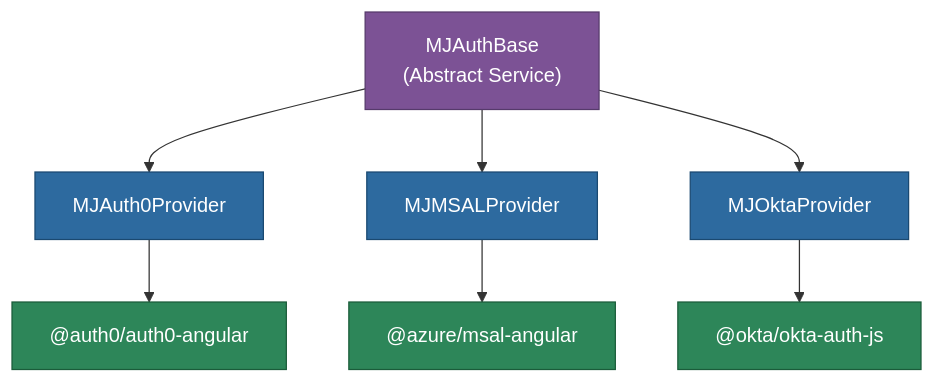
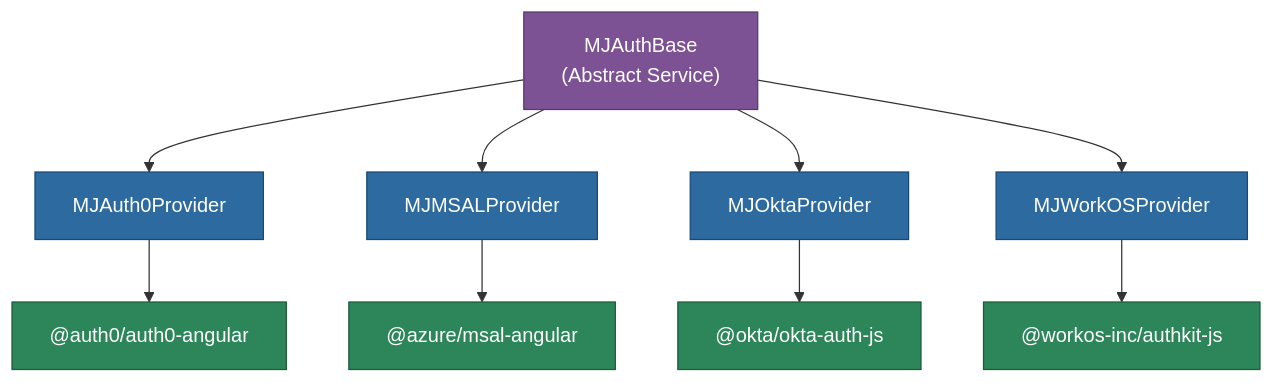
One commit to MemberJunction/MJ changed the diagram in packages/Angular/Explorer/auth-services/README.md. Above: the diagram before and after it, drawn with Mermaid. The commit also changed other lines of this file and 15 other files, not shown here.

````diff
--- a/packages/Angular/Explorer/auth-services/README.md
+++ b/packages/Angular/Explorer/auth-services/README.md
@@ -9,17 +9,21 @@
 ```mermaid
 graph TD
     A["MJAuthBase\n(Abstract Service)"] --> B["MJAuth0Provider"]
     A --> C["MJMSALProvider"]
     A --> D["MJOktaProvider"]
+    A --> H["MJWorkOSProvider"]
     B --> E["@auth0/auth0-angular"]
     C --> F["@azure/msal-angular"]
     D --> G["@okta/okta-auth-js"]
+    H --> I["@workos-inc/authkit-js"]
 
     style A fill:#7c5295,stroke:#563a6b,color:#fff
     style B fill:#2d6a9f,stroke:#1a4971,color:#fff
     style C fill:#2d6a9f,stroke:#1a4971,color:#fff
     style D fill:#2d6a9f,stroke:#1a4971,color:#fff
+    style H fill:#2d6a9f,stroke:#1a4971,color:#fff
     style E fill:#2d8659,stroke:#1a5c3a,color:#fff
     style F fill:#2d8659,stroke:#1a5c3a,color:#fff
     style G fill:#2d8659,stroke:#1a5c3a,color:#fff
+    style I fill:#2d8659,stroke:#1a5c3a,color:#fff
 ```
````
